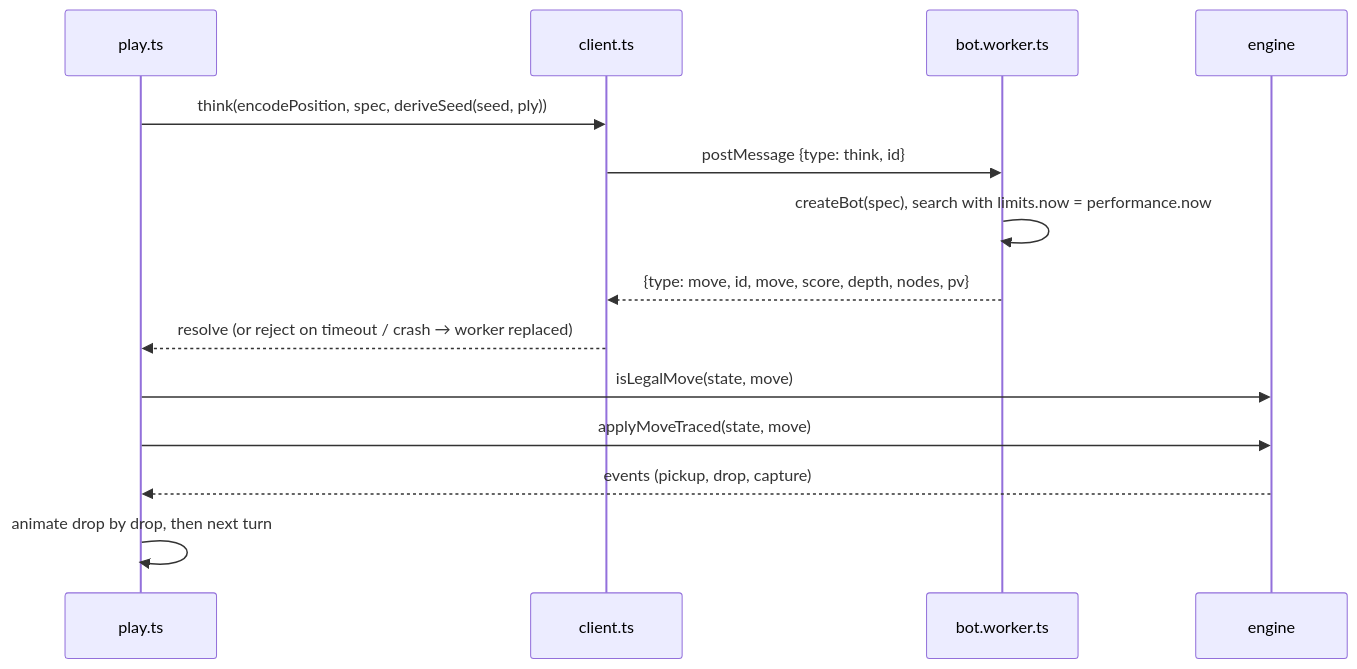
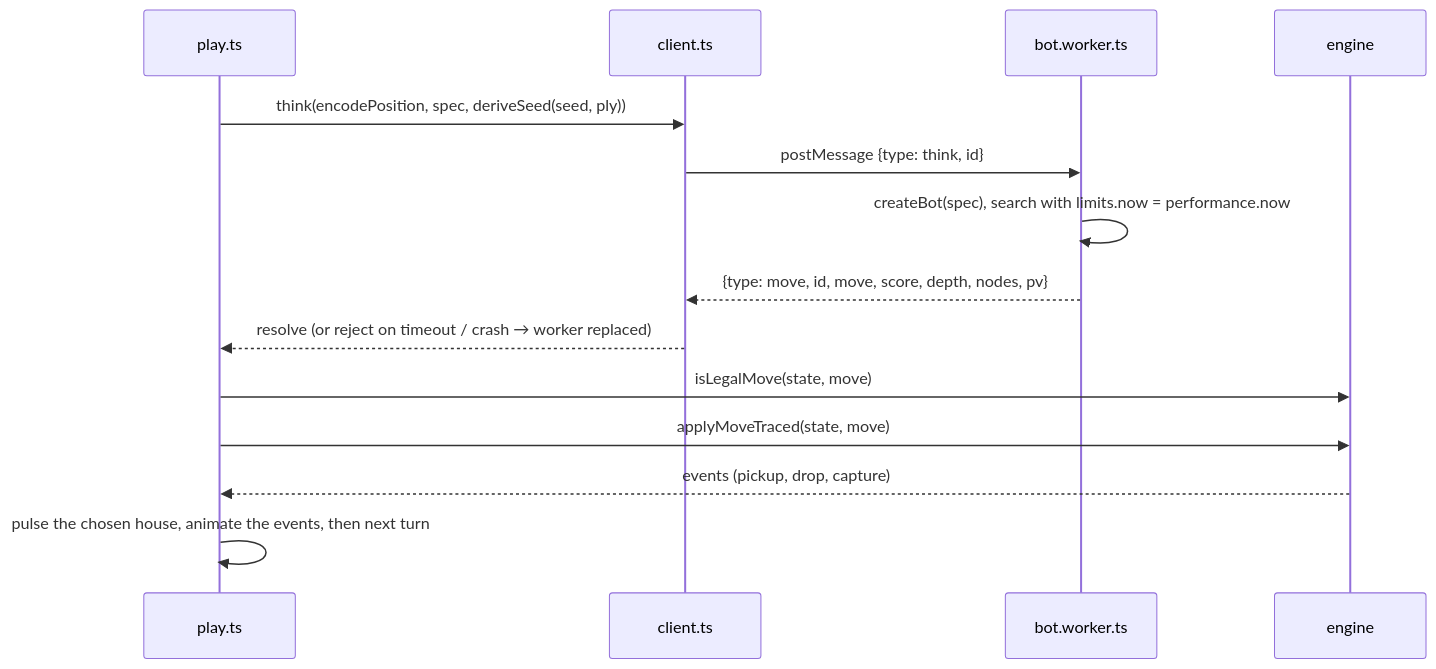
One commit to robertgeraldsenasin/hasik changed the sixth of 8 diagrams in docs/ARCHITECTURE.md. Above: the diagram before and after it, drawn with Mermaid. The commit also changed other lines of this file and 31 other files, not shown here.

````diff
--- a/docs/ARCHITECTURE.md
+++ b/docs/ARCHITECTURE.md
@@ -149,16 +161,16 @@
 ```mermaid
 sequenceDiagram
   participant P as play.ts
   participant C as client.ts
   participant W as bot.worker.ts
   participant E as engine
   P->>C: think(encodePosition, spec, deriveSeed(seed, ply))
   C->>W: postMessage {type: think, id}
   W->>W: createBot(spec), search with limits.now = performance.now
   W-->>C: {type: move, id, move, score, depth, nodes, pv}
   C-->>P: resolve (or reject on timeout / crash → worker replaced)
   P->>E: isLegalMove(state, move)
   P->>E: applyMoveTraced(state, move)
   E-->>P: events (pickup, drop, capture)
-  P->>P: animate drop by drop, then next turn
+  P->>P: pulse the chosen house, animate the events, then next turn
 ```
````
